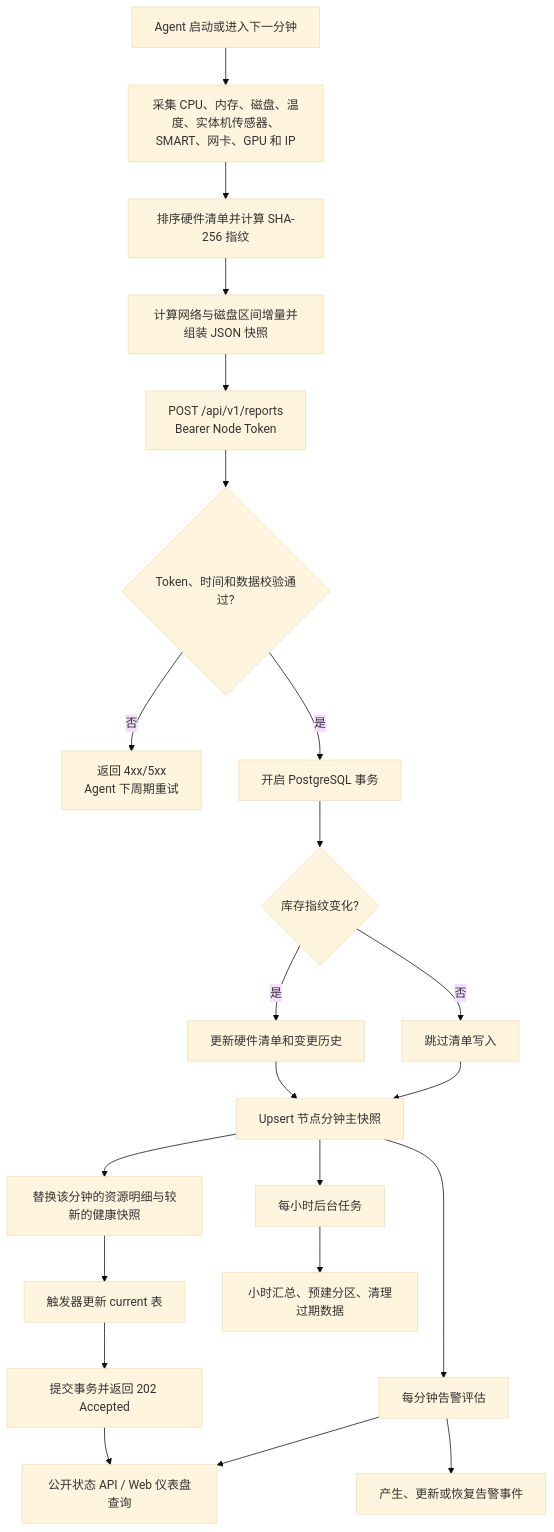
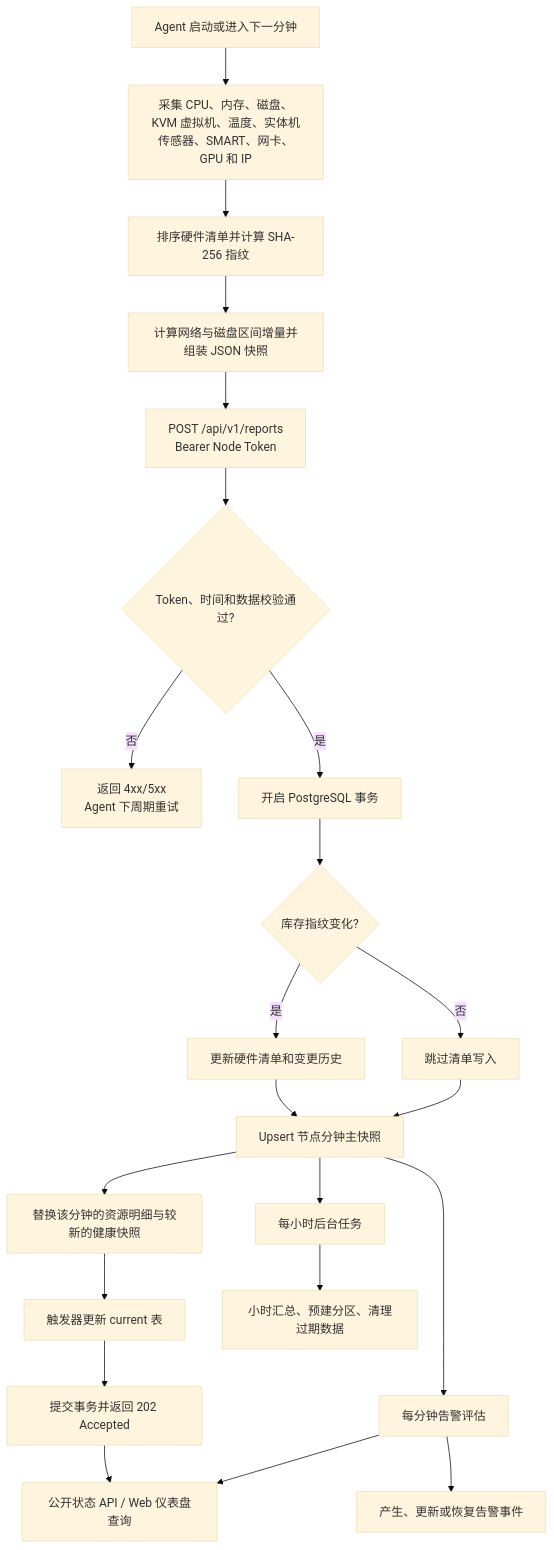
One commit to guohai163/server-status changed the diagram in README.md. Above: the diagram before and after it, drawn with Mermaid (base theme). The commit also changed other lines of this file and 20 other files, not shown here.

````diff
--- a/README.md
+++ b/README.md
@@ -62,24 +62,24 @@
 ```mermaid
 flowchart TD
-    A["Agent 启动或进入下一分钟"] --> B["采集 CPU、内存、磁盘、温度、实体机传感器、SMART、网卡、GPU 和 IP"]
+    A["Agent 启动或进入下一分钟"] --> B["采集 CPU、内存、磁盘、KVM 虚拟机、温度、实体机传感器、SMART、网卡、GPU 和 IP"]
     B --> C["排序硬件清单并计算 SHA-256 指纹"]
     C --> D["计算网络与磁盘区间增量并组装 JSON 快照"]
     D --> E["POST /api/v1/reports<br/>Bearer Node Token"]
     E --> F{"Token、时间和数据校验通过?"}
     F -- "否" --> G["返回 4xx/5xx<br/>Agent 下周期重试"]
     F -- "是" --> H["开启 PostgreSQL 事务"]
     H --> I{"库存指纹变化?"}
     I -- "是" --> J["更新硬件清单和变更历史"]
     I -- "否" --> K["跳过清单写入"]
     J --> L["Upsert 节点分钟主快照"]
     K --> L
     L --> M["替换该分钟的资源明细与较新的健康快照"]
     M --> N["触发器更新 current 表"]
     N --> O["提交事务并返回 202 Accepted"]
     O --> P["公开状态 API / Web 仪表盘查询"]
     Q["每分钟告警评估"] --> S["产生、更新或恢复告警事件"]
     L --> Q
     Q --> P
     T["每小时后台任务"] --> R["小时汇总、预建分区、清理过期数据"]
     L --> T
 ```
````
